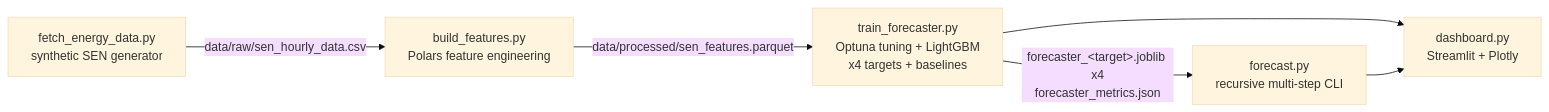
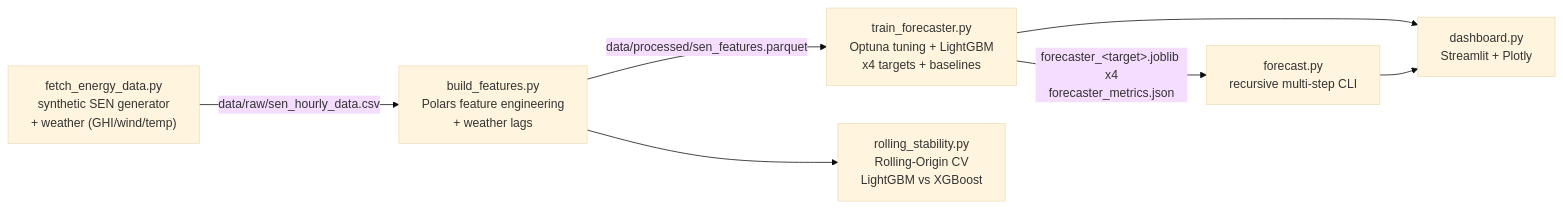
The diagram in README.md (Rxyxs/chile-energy-grid-forecasting), drawn with Mermaid (base theme) before and after one commit. The commit also changed other lines of this file and 12 other files, not shown here.

Commit message:
feat: weather-augmented features and rolling-origin cross-validation

````diff
--- a/README.md
+++ b/README.md
@@ -41,8 +43,9 @@
 ```mermaid
 flowchart LR
-    A["fetch_energy_data.py\nsynthetic SEN generator"] -->|"data/raw/sen_hourly_data.csv"| B["build_features.py\nPolars feature engineering"]
+    A["fetch_energy_data.py\nsynthetic SEN generator\n+ weather (GHI/wind/temp)"] -->|"data/raw/sen_hourly_data.csv"| B["build_features.py\nPolars feature engineering\n+ weather lags"]
     B -->|"data/processed/sen_features.parquet"| C["train_forecaster.py\nOptuna tuning + LightGBM\nx4 targets + baselines"]
+    B --> G["rolling_stability.py\nRolling-Origin CV\nLightGBM vs XGBoost"]
     C -->|"forecaster_&lt;target&gt;.joblib x4\nforecaster_metrics.json"| D["forecast.py\nrecursive multi-step CLI"]
     C --> E["dashboard.py\nStreamlit + Plotly"]
     D --> E
 ```
````
